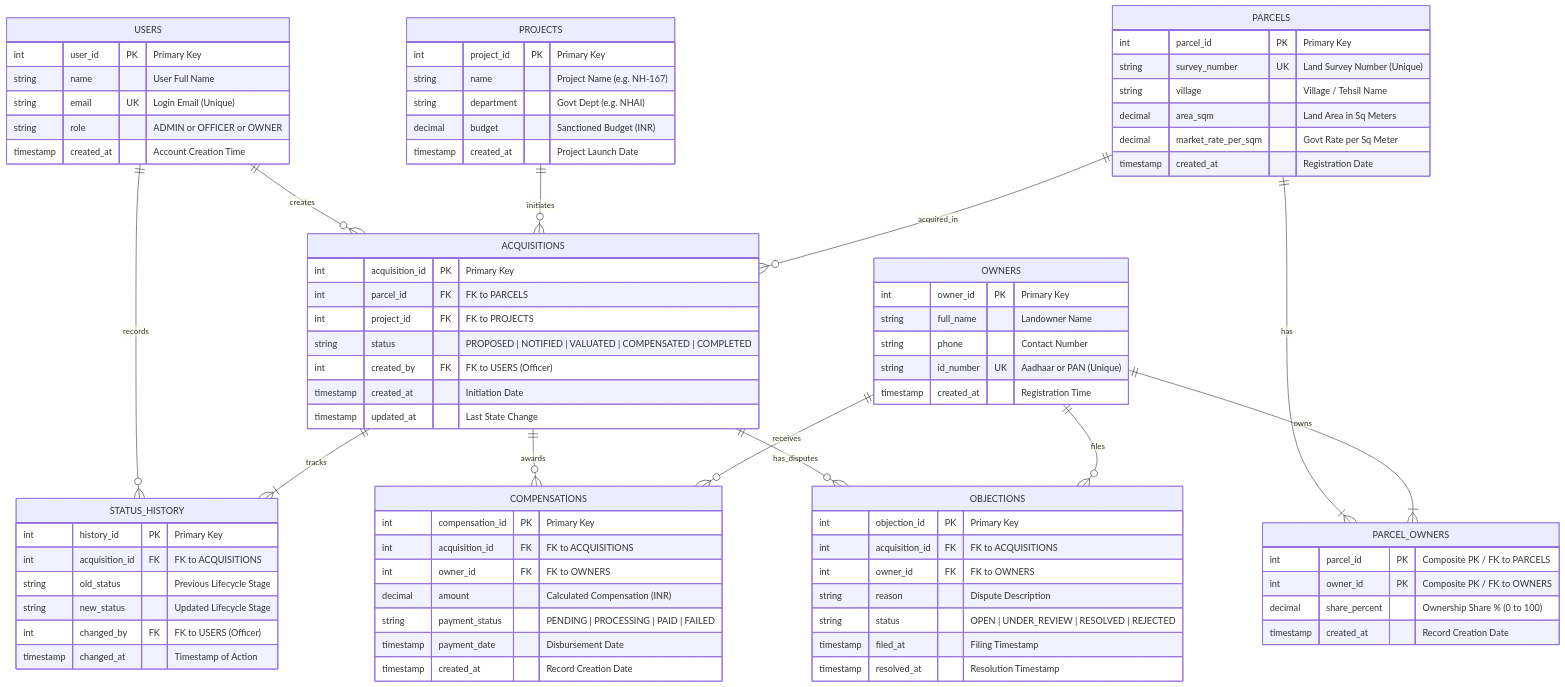
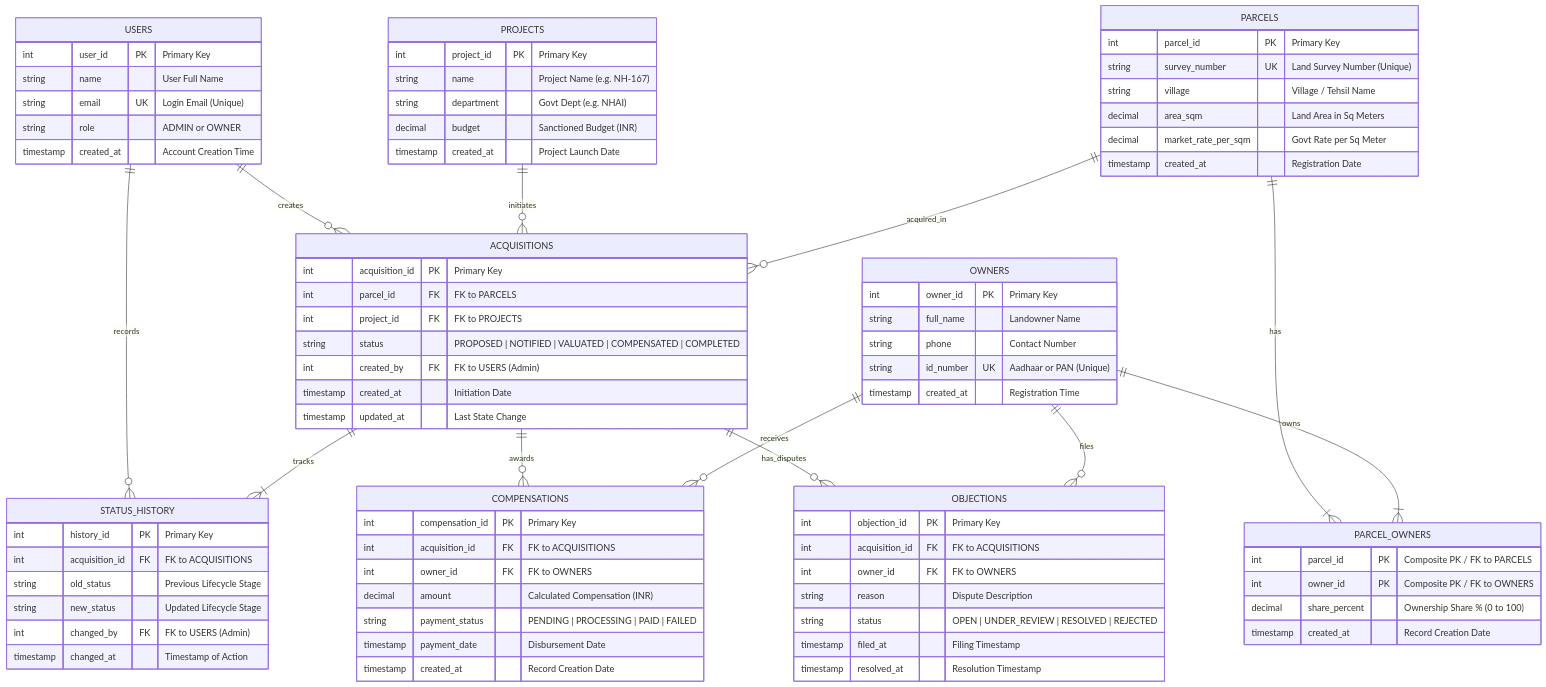
Before and after one commit to aastik251107/AP_DE_AYMK_2026_AP_2026: the diagram in dbms/02_er_diagram.md, drawn with Mermaid. The commit also changed other lines of this file and 29 other files, not shown here.

````diff
--- a/dbms/02_er_diagram.md
+++ b/dbms/02_er_diagram.md
@@ -64,7 +64,7 @@
         int user_id PK "Primary Key"
         string name "User Full Name"
         string email UK "Login Email (Unique)"
-        string role "ADMIN or OFFICER or OWNER"
+        string role "ADMIN or OWNER"
         timestamp created_at "Account Creation Time"
     }
 
@@ -105,7 +105,7 @@
         int parcel_id FK "FK to PARCELS"
         int project_id FK "FK to PROJECTS"
         string status "PROPOSED | NOTIFIED | VALUATED | COMPENSATED | COMPLETED"
-        int created_by FK "FK to USERS (Officer)"
+        int created_by FK "FK to USERS (Admin)"
         timestamp created_at "Initiation Date"
         timestamp updated_at "Last State Change"
     }
@@ -135,7 +135,7 @@
         int acquisition_id FK "FK to ACQUISITIONS"
         string old_status "Previous Lifecycle Stage"
         string new_status "Updated Lifecycle Stage"
-        int changed_by FK "FK to USERS (Officer)"
+        int changed_by FK "FK to USERS (Admin)"
         timestamp changed_at "Timestamp of Action"
     }
 ```
````
